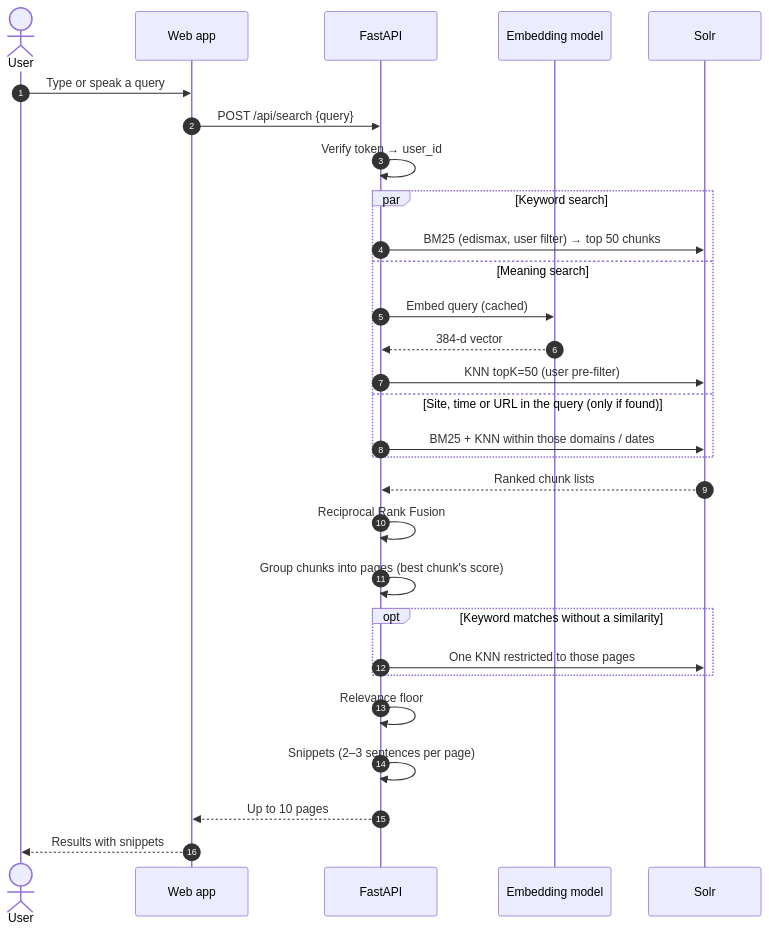
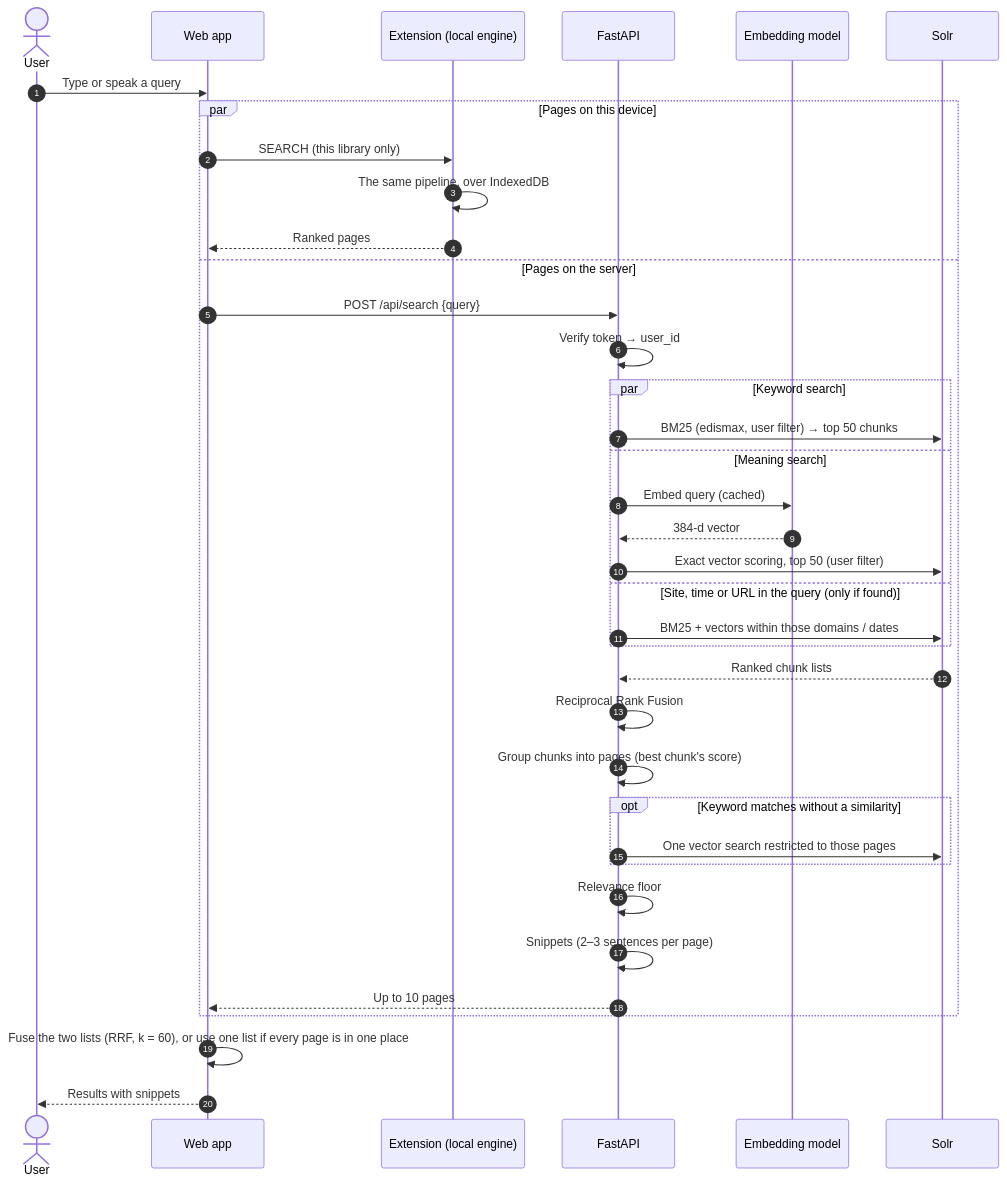
The diagram in docs/architecture/retrieval.md (rabeeh18/ucs503p-202627-MemoryLane), drawn with Mermaid before and after one commit. The commit also changed 20 other files, not shown here.

First line of the commit message:
Diagrams: device storage and IndexedDB in docs and report

````diff
--- a/docs/architecture/retrieval.md
+++ b/docs/architecture/retrieval.md
@@ -32,32 +32,40 @@
 ```mermaid
 sequenceDiagram
     autonumber
     actor U as User
     participant W as Web app
+    participant X as Extension (local engine)
     participant A as FastAPI
     participant E as Embedding model
     participant S as Solr
 
     U->>W: Type or speak a query
-    W->>A: POST /api/search {query}
-    A->>A: Verify token → user_id
-    par Keyword search
-        A->>S: BM25 (edismax, user filter) → top 50 chunks
-    and Meaning search
-        A->>E: Embed query (cached)
-        E-->>A: 384-d vector
-        A->>S: KNN topK=50 (user pre-filter)
-    and Site, time or URL in the query (only if found)
-        A->>S: BM25 + KNN within those domains / dates
+    par Pages on this device
+        W->>X: SEARCH (this library only)
+        X->>X: The same pipeline, over IndexedDB
+        X-->>W: Ranked pages
+    and Pages on the server
+        W->>A: POST /api/search {query}
+        A->>A: Verify token → user_id
+        par Keyword search
+            A->>S: BM25 (edismax, user filter) → top 50 chunks
+        and Meaning search
+            A->>E: Embed query (cached)
+            E-->>A: 384-d vector
+            A->>S: Exact vector scoring, top 50 (user filter)
+        and Site, time or URL in the query (only if found)
+            A->>S: BM25 + vectors within those domains / dates
+        end
+        S-->>A: Ranked chunk lists
+        A->>A: Reciprocal Rank Fusion
+        A->>A: Group chunks into pages (best chunk's score)
+        opt Keyword matches without a similarity
+            A->>S: One vector search restricted to those pages
+        end
+        A->>A: Relevance floor
+        A->>A: Snippets (2–3 sentences per page)
+        A-->>W: Up to 10 pages
     end
-    S-->>A: Ranked chunk lists
-    A->>A: Reciprocal Rank Fusion
-    A->>A: Group chunks into pages (best chunk's score)
-    opt Keyword matches without a similarity
-        A->>S: One KNN restricted to those pages
-    end
-    A->>A: Relevance floor
-    A->>A: Snippets (2–3 sentences per page)
-    A-->>W: Up to 10 pages
+    W->>W: Fuse the two lists (RRF, k = 60), or use one list if every page is in one place
     W-->>U: Results with snippets
 ```
````
